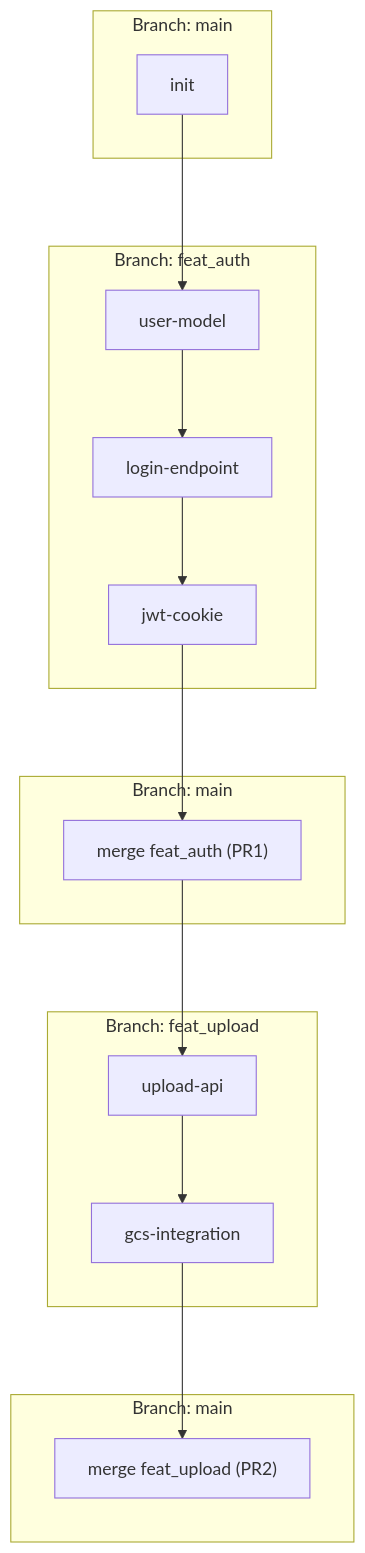
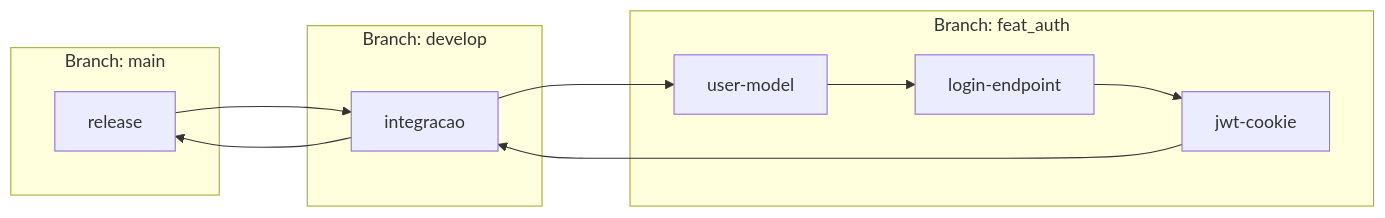
The third of 3 diagrams in docs/planejamento/cronograma.md (pedrohpsantos/EdTech), drawn with Mermaid before and after one commit. The commit also changed other lines of this file and 8 other files, not shown here.

Commit message:
refactor: update development flow to include intermediate develop branch before main

````diff
--- a/docs/planejamento/cronograma.md
+++ b/docs/planejamento/cronograma.md
@@ -64,22 +65,20 @@
 ```mermaid
-flowchart TD
-    %%{init: {"flowchart": {"nodeSpacing": 60, "rankSpacing": 80}}}%%
+%%{init: {"flowchart": {"nodeSpacing": 60, "rankSpacing": 80}}}%%
+flowchart LR
     subgraph Main["Branch: main"]
-        M1["init"]
+        M1["release"]
+    end
+    subgraph Develop["Branch: develop"]
+        D1["integracao"]
     end
     subgraph FeatAuth["Branch: feat_auth"]
-        M1 --> A1["user-model"]
-        A1 --> A2["login-endpoint"]
-        A2 --> A3["jwt-cookie"]
+        F1["user-model"]
+        F2["login-endpoint"]
+        F3["jwt-cookie"]
     end
-    subgraph Main2["Branch: main"]
-        A3 --> M2["merge feat_auth (PR1)"]
-    end
-    subgraph FeatUpload["Branch: feat_upload"]
-        M2 --> U1["upload-api"]
-        U1 --> U2["gcs-integration"]
-    end
-    subgraph Main3["Branch: main"]
-        U2 --> M3["merge feat_upload (PR2)"]
-    end
+
+    M1 --> D1
+    D1 --> F1 --> F2 --> F3
+    F3 --> D1
+    D1 --> M1
 ```
````
